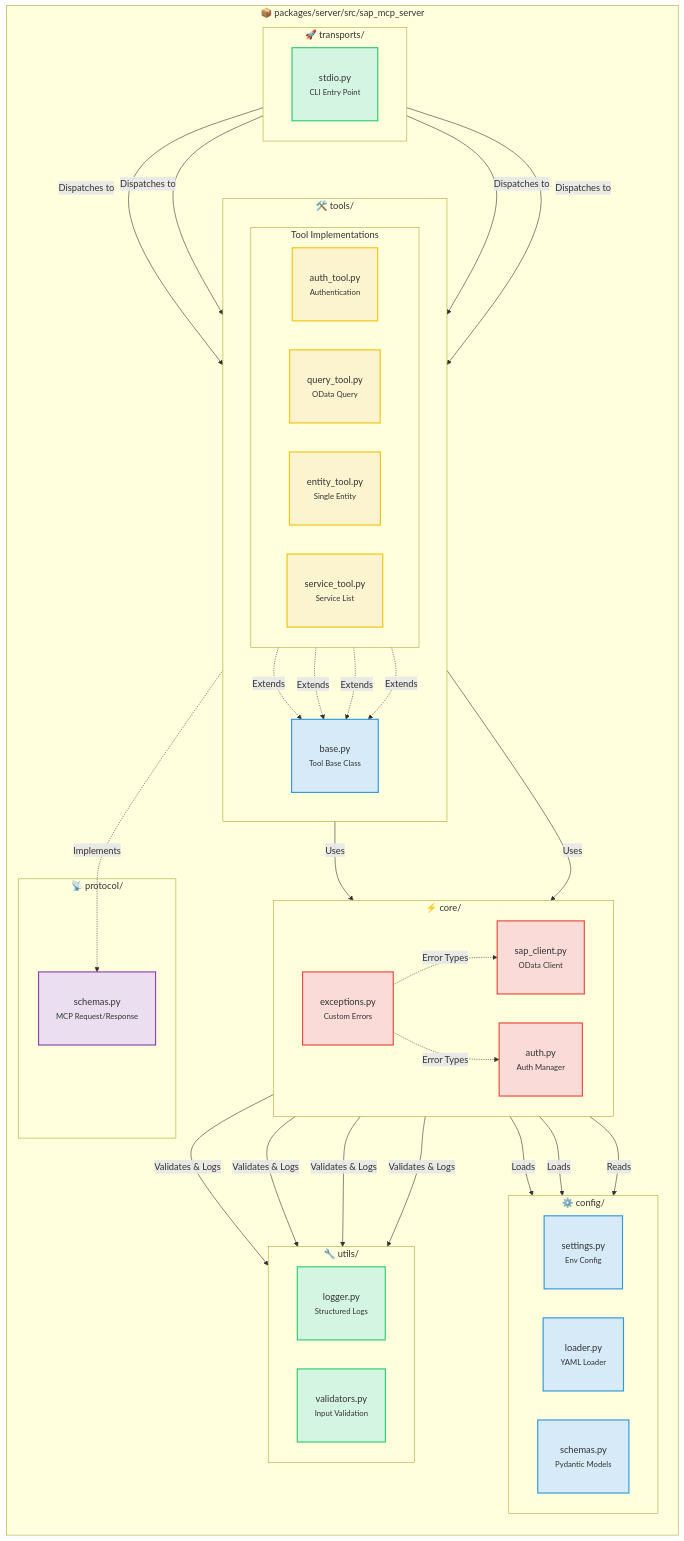
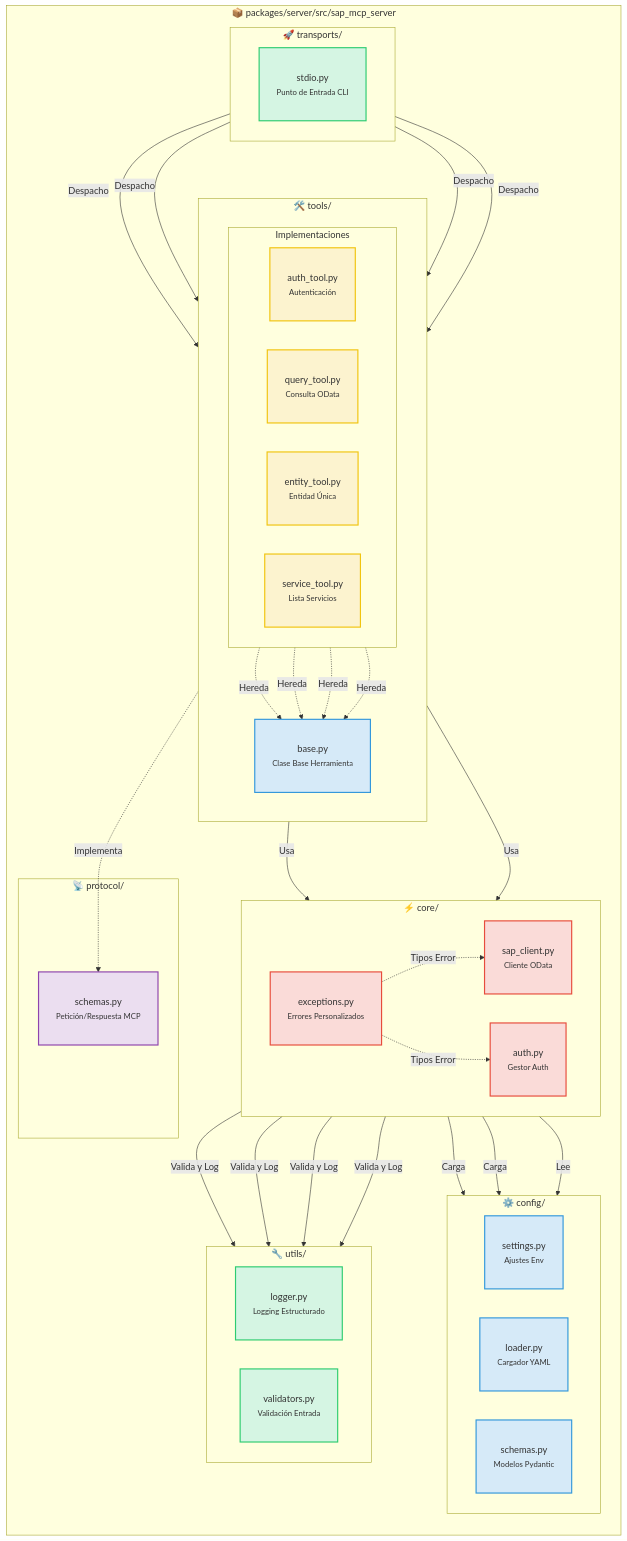
Before and after one commit to midasol/sap-mcp-server: the second of 5 diagrams in README.es.md, drawn with Mermaid. The commit also changed other lines of this file and 7 other files, not shown here.

````diff
--- a/README.es.md
+++ b/README.es.md
@@ -115,74 +194,74 @@
 ```mermaid
 graph TB
     subgraph pkg["📦 packages/server/src/sap_mcp_server"]
         direction TB
 
         subgraph trans["🚀 transports/"]
             direction LR
-            T1["stdio.py<br/><small>CLI Entry Point</small>"]
+            T1["stdio.py<br/><small>Punto de Entrada CLI</small>"]
         end
 
         subgraph tools["🛠️ tools/"]
             direction TB
-            TO5["base.py<br/><small>Tool Base Class</small>"]
+            TO5["base.py<br/><small>Clase Base Herramienta</small>"]
 
-            subgraph toolImpl["Tool Implementations"]
+            subgraph toolImpl["Implementaciones"]
                 direction LR
-                TO1["auth_tool.py<br/><small>Authentication</small>"]
-                TO2["query_tool.py<br/><small>OData Query</small>"]
-                TO3["entity_tool.py<br/><small>Single Entity</small>"]
-                TO4["service_tool.py<br/><small>Service List</small>"]
+                TO1["auth_tool.py<br/><small>Autenticación</small>"]
+                TO2["query_tool.py<br/><small>Consulta OData</small>"]
+                TO3["entity_tool.py<br/><small>Entidad Única</small>"]
+                TO4["service_tool.py<br/><small>Lista Servicios</small>"]
             end
         end
 
         subgraph core["⚡ core/"]
             direction LR
-            C1["sap_client.py<br/><small>OData Client</small>"]
-            C2["auth.py<br/><small>Auth Manager</small>"]
-            C3["exceptions.py<br/><small>Custom Errors</small>"]
+            C1["sap_client.py<br/><small>Cliente OData</small>"]
+            C2["auth.py<br/><small>Gestor Auth</small>"]
+            C3["exceptions.py<br/><small>Errores Personalizados</small>"]
         end
 
         subgraph config["⚙️ config/"]
             direction LR
-            CF1["settings.py<br/><small>Env Config</small>"]
-            CF2["loader.py<br/><small>YAML Loader</small>"]
-            CF3["schemas.py<br/><small>Pydantic Models</small>"]
+            CF1["settings.py<br/><small>Ajustes Env</small>"]
+            CF2["loader.py<br/><small>Cargador YAML</small>"]
+            CF3["schemas.py<br/><small>Modelos Pydantic</small>"]
         end
 
         subgraph utils["🔧 utils/"]
             direction LR
-            U1["logger.py<br/><small>Structured Logs</small>"]
-            U2["validators.py<br/><small>Input Validation</small>"]
+            U1["logger.py<br/><small>Logging Estructurado</small>"]
+            U2["validators.py<br/><small>Validación Entrada</small>"]
         end
 
         subgraph protocol["📡 protocol/"]
-            P1["schemas.py<br/><small>MCP Request/Response</small>"]
+            P1["schemas.py<br/><small>Petición/Respuesta MCP</small>"]
         end
     end
 
-    T1 -->|Dispatches to| TO1 & TO2 & TO3 & TO4
-    TO1 & TO2 & TO3 & TO4 -.->|Extends| TO5
-    TO5 -->|Uses| C1 & C2
-    C1 -->|Loads| CF1 & CF2
-    C2 -->|Reads| CF1
-    C1 & C2 -->|Validates & Logs| U1 & U2
-    TO5 -.->|Implements| P1
-    C3 -.->|Error Types| C1 & C2
+    T1 -->|Despacho| TO1 & TO2 & TO3 & TO4
+    TO1 & TO2 & TO3 & TO4 -.->|Hereda| TO5
+    TO5 -->|Usa| C1 & C2
+    C1 -->|Carga| CF1 & CF2
+    C2 -->|Lee| CF1
+    C1 & C2 -->|Valida y Log| U1 & U2
+    TO5 -.->|Implementa| P1
+    C3 -.->|Tipos Error| C1 & C2
 
     classDef transportNode fill:#D5F5E3,stroke:#2ECC71,stroke-width:2px,padding:18px
     classDef futureNode fill:#E8E8E8,stroke:#999999,stroke-width:2px,stroke-dasharray:5 5
     classDef toolNode fill:#FCF3CF,stroke:#F1C40F,stroke-width:2px,padding:18px
     classDef baseNode fill:#D6EAF8,stroke:#3498DB,stroke-width:2px,padding:18px
     classDef coreNode fill:#FADBD8,stroke:#E74C3C,stroke-width:2px,padding:18px
     classDef configNode fill:#D6EAF8,stroke:#3498DB,stroke-width:2px,padding:18px
     classDef utilNode fill:#D5F5E3,stroke:#2ECC71,stroke-width:2px,padding:18px
     classDef protocolNode fill:#EBDEF0,stroke:#8E44AD,stroke-width:2px,padding:18px
 
     class T1 transportNode
     class TO1,TO2,TO3,TO4 toolNode
     class TO5 baseNode
     class C1,C2,C3 coreNode
     class CF1,CF2,CF3 configNode
     class U1,U2 utilNode
     class P1 protocolNode
 ```
````
